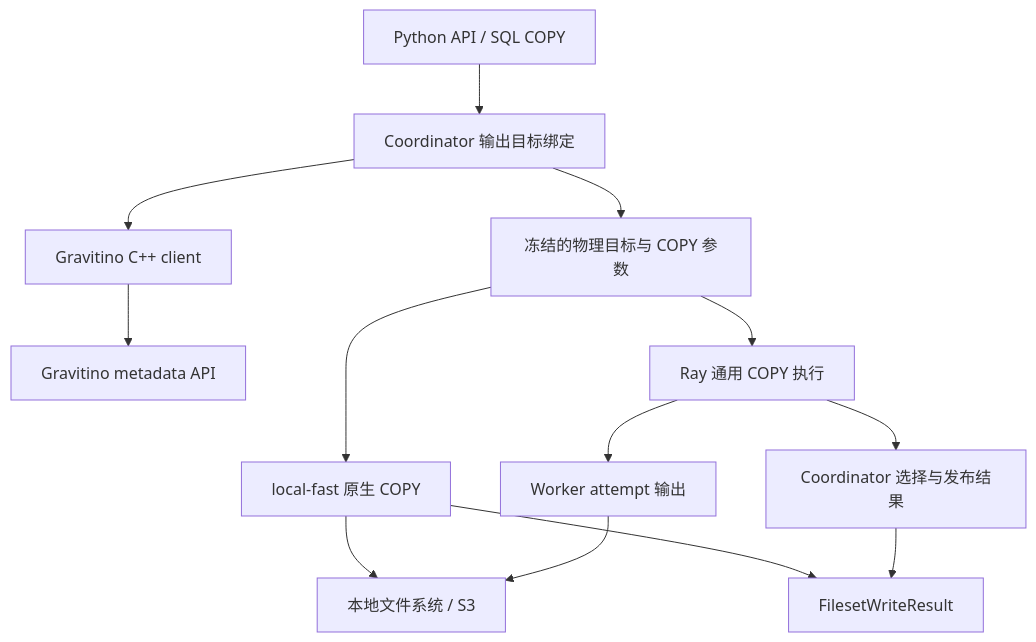
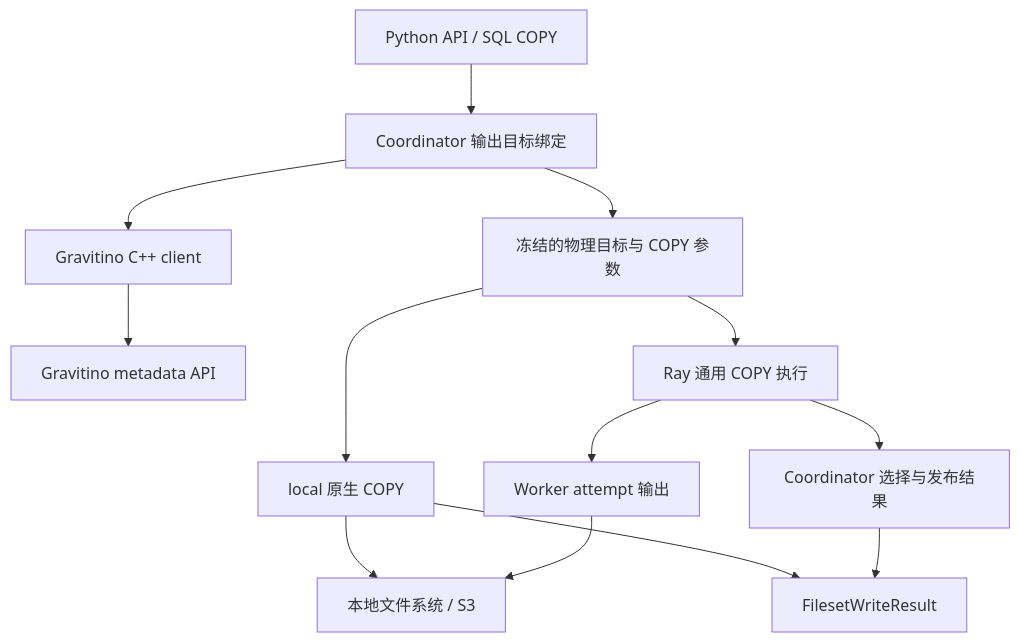
One commit to AstroVela/vane changed the diagram in GRAVITINO_DESIGN.md. Above: the diagram before and after it, drawn with Mermaid. The commit also changed other lines of this file and 4 other files, not shown here.

````diff
--- a/GRAVITINO_DESIGN.md
+++ b/GRAVITINO_DESIGN.md
@@ -98,15 +100,15 @@
 ```mermaid
 flowchart TD
     API[Python API / SQL COPY] --> Bind[Coordinator 输出目标绑定]
     Bind --> Meta[Gravitino C++ client]
     Meta --> Server[Gravitino metadata API]
     Bind --> Target[冻结的物理目标与 COPY 参数]
-    Target --> Local[local-fast 原生 COPY]
+    Target --> Local[local 原生 COPY]
     Target --> Ray[Ray 通用 COPY 执行]
     Local --> Storage[本地文件系统 / S3]
     Ray --> Tasks[Worker attempt 输出]
     Tasks --> Storage
     Ray --> Finalize[Coordinator 选择与发布结果]
     Local --> Result[FilesetWriteResult]
     Finalize --> Result
 ```
````
